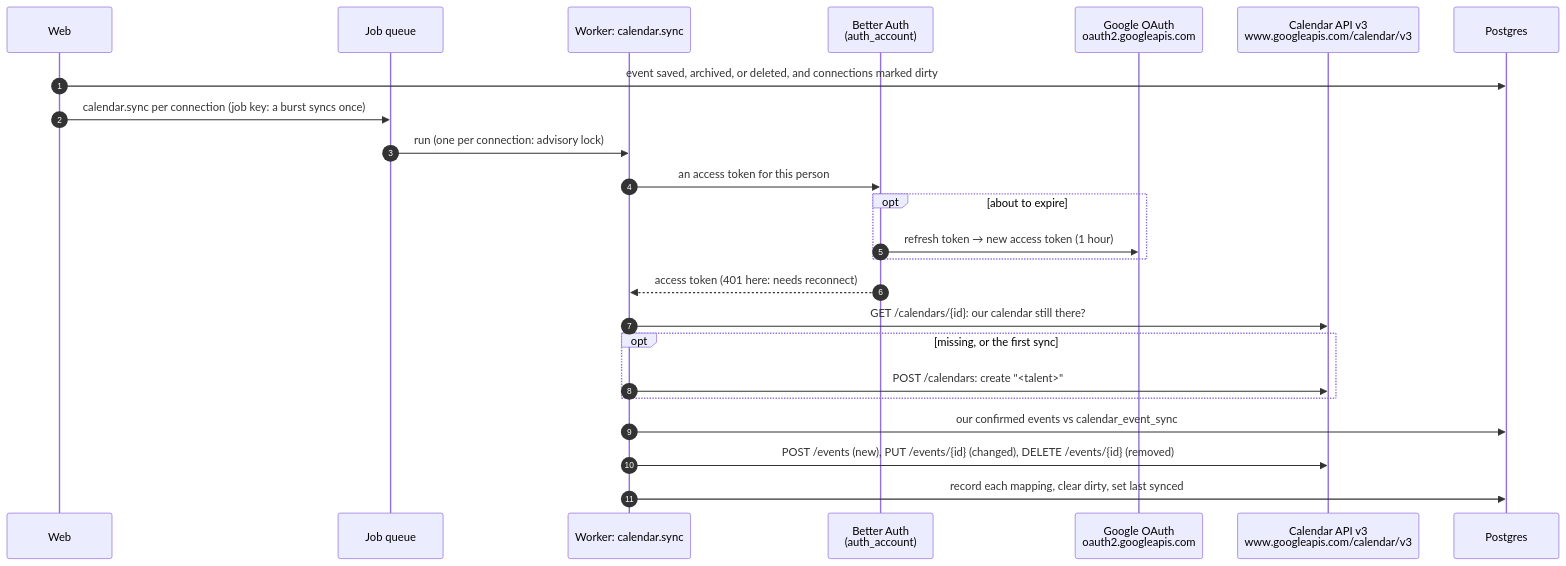
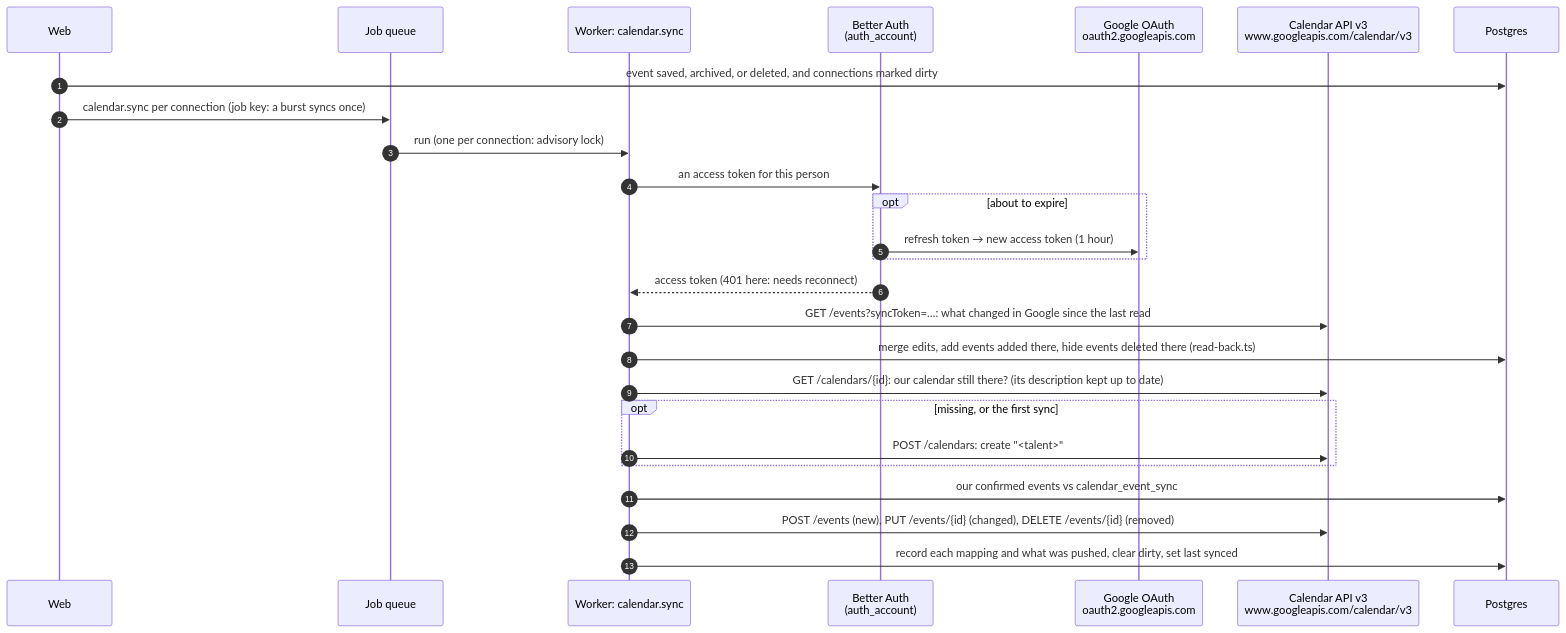
One commit to janiceyujie/talent_biz_os changed the eighth of 9 diagrams in docs/system-map.md. Above: the diagram before and after it, drawn with Mermaid. The commit also changed other lines of this file and 40 other files, not shown here.

````diff
--- a/docs/system-map.md
+++ b/docs/system-map.md
@@ -300,27 +306,29 @@
 ```mermaid
 sequenceDiagram
   autonumber
   participant W as Web
   participant Q as Job queue
   participant K as Worker: calendar.sync
   participant BA as Better Auth<br/>(auth_account)
   participant OT as Google OAuth<br/>oauth2.googleapis.com
   participant GC as Calendar API v3<br/>www.googleapis.com/calendar/v3
   participant DB as Postgres
 
   W->>DB: event saved, archived, or deleted, and connections marked dirty
   W->>Q: calendar.sync per connection (job key: a burst syncs once)
   Q->>K: run (one per connection: advisory lock)
   K->>BA: an access token for this person
   opt about to expire
     BA->>OT: refresh token → new access token (1 hour)
   end
   BA-->>K: access token (401 here: needs reconnect)
-  K->>GC: GET /calendars/{id}: our calendar still there?
+  K->>GC: GET /events?syncToken=…: what changed in Google since the last read
+  K->>DB: merge edits, add events added there, hide events deleted there (read-back.ts)
+  K->>GC: GET /calendars/{id}: our calendar still there? (its description kept up to date)
   opt missing, or the first sync
     K->>GC: POST /calendars: create "<talent>"
   end
   K->>DB: our confirmed events vs calendar_event_sync
   K->>GC: POST /events (new), PUT /events/{id} (changed), DELETE /events/{id} (removed)
-  K->>DB: record each mapping, clear dirty, set last synced
+  K->>DB: record each mapping and what was pushed, clear dirty, set last synced
 ```
````
